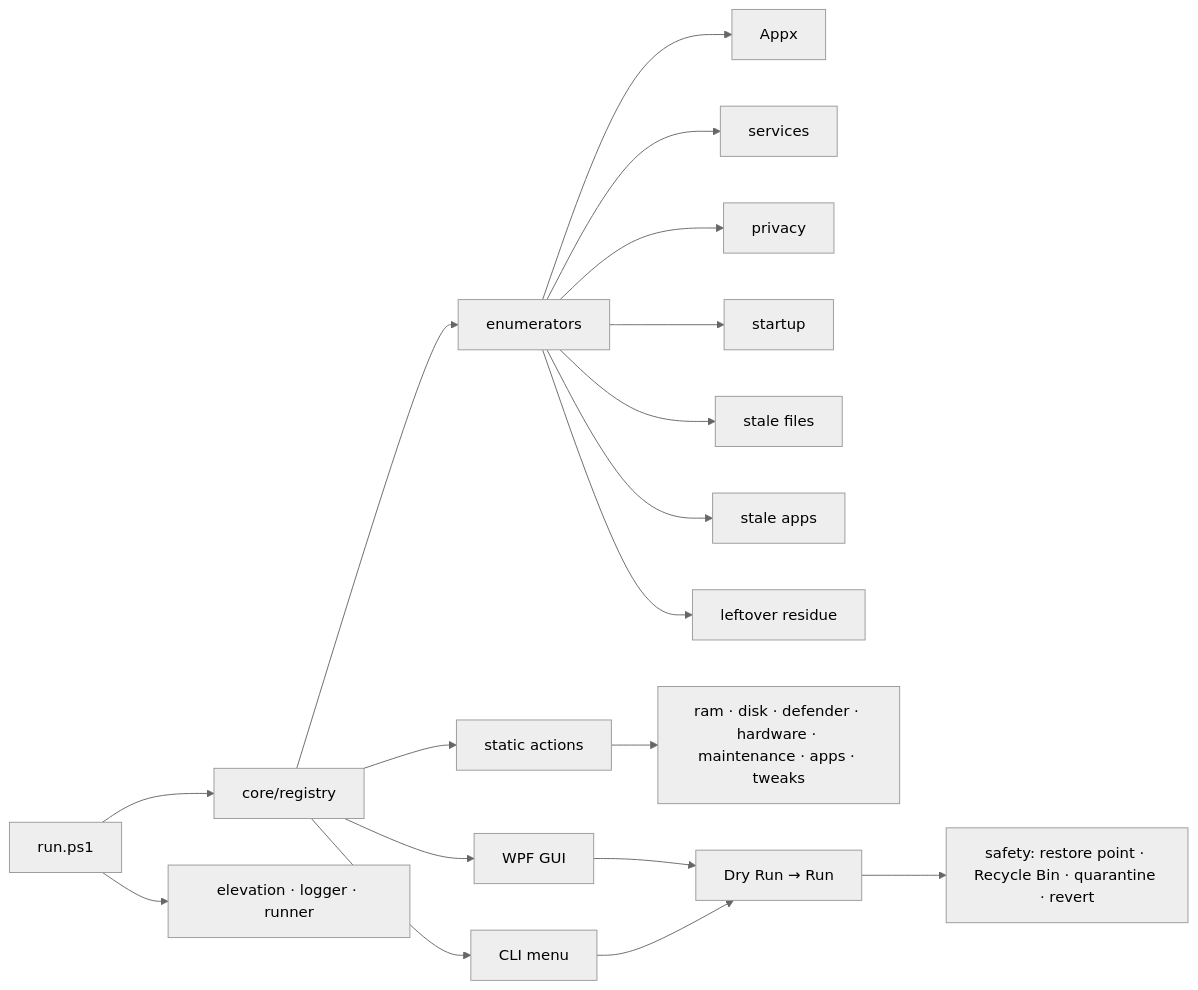
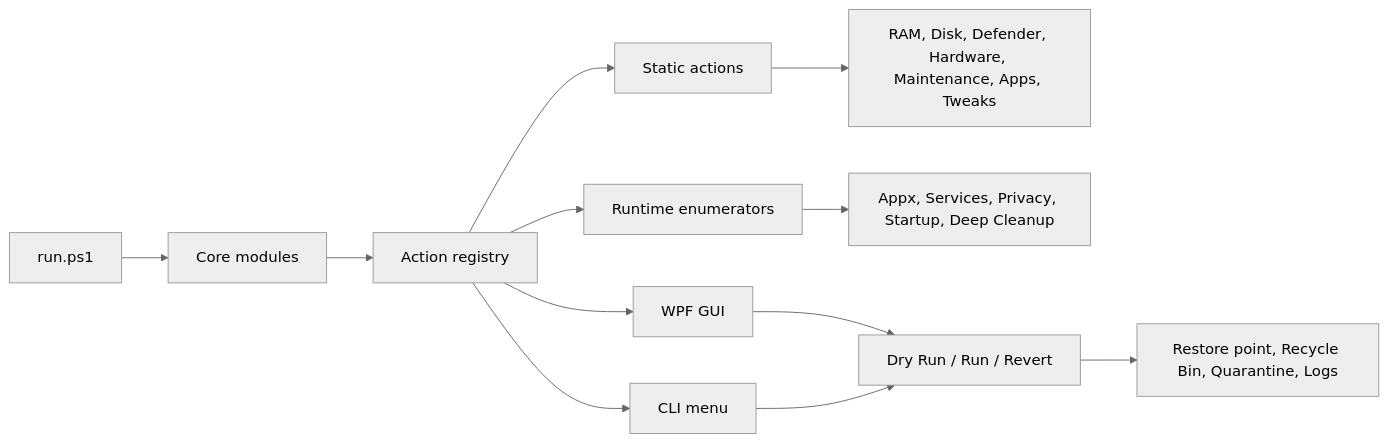
One commit to 0xRnato/win10tools changed the diagram in README.md. Above: the diagram before and after it, drawn with Mermaid (neutral theme). The commit also changed other lines of this file, not shown here.

````diff
--- a/README.md
+++ b/README.md
@@ -48,20 +76,14 @@
 ```mermaid
 flowchart LR
-    A[run.ps1] --> B[core/registry]
-    A --> C[elevation · logger · runner]
-    B --> D[static actions]
-    B --> E[enumerators]
-    E --> E1[Appx]
-    E --> E2[services]
-    E --> E3[privacy]
-    E --> E4[startup]
-    E --> E5[stale files]
-    E --> E6[stale apps]
-    E --> E7[leftover residue]
-    D --> F[ram · disk · defender · hardware · maintenance · apps · tweaks]
-    B --> G[WPF GUI]
-    B --> H[CLI menu]
-    G --> I[Dry Run → Run]
-    H --> I
-    I --> J[safety: restore point · Recycle Bin · quarantine · revert]
+    A[run.ps1] --> B[Core modules]
+    B --> C[Action registry]
+    C --> D[Static actions]
+    C --> E[Runtime enumerators]
+    D --> F[RAM, Disk, Defender, Hardware, Maintenance, Apps, Tweaks]
+    E --> G[Appx, Services, Privacy, Startup, Deep Cleanup]
+    C --> H[WPF GUI]
+    C --> I[CLI menu]
+    H --> J[Dry Run / Run / Revert]
+    I --> J
+    J --> K[Restore point, Recycle Bin, Quarantine, Logs]
 ```
````
